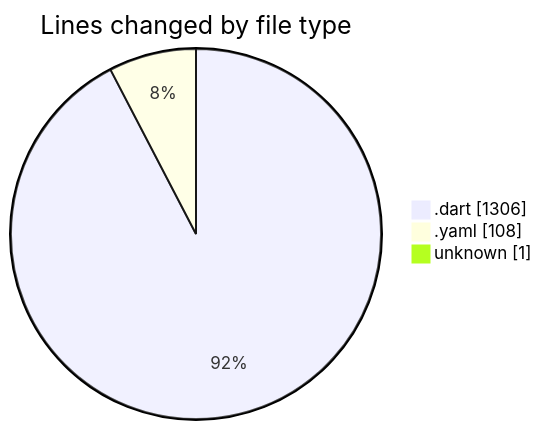
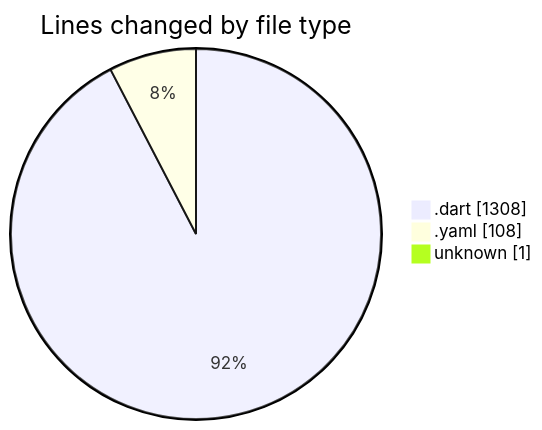
The first of 2 diagrams in 2025-03-08/uber_clone/README.md (donsfak/code-tracking), drawn with Mermaid before and after one commit. The commit also changed other lines of this file and 1 other file, not shown here.

````diff
--- a/2025-03-08/uber_clone/README.md
+++ b/2025-03-08/uber_clone/README.md
@@ -24,7 +24,7 @@
 ```mermaid
 pie showData
 title Lines changed by file type
-".dart" : 1306
+".dart" : 1308
 ".yaml" : 108
 "unknown" : 1
 ```
````
